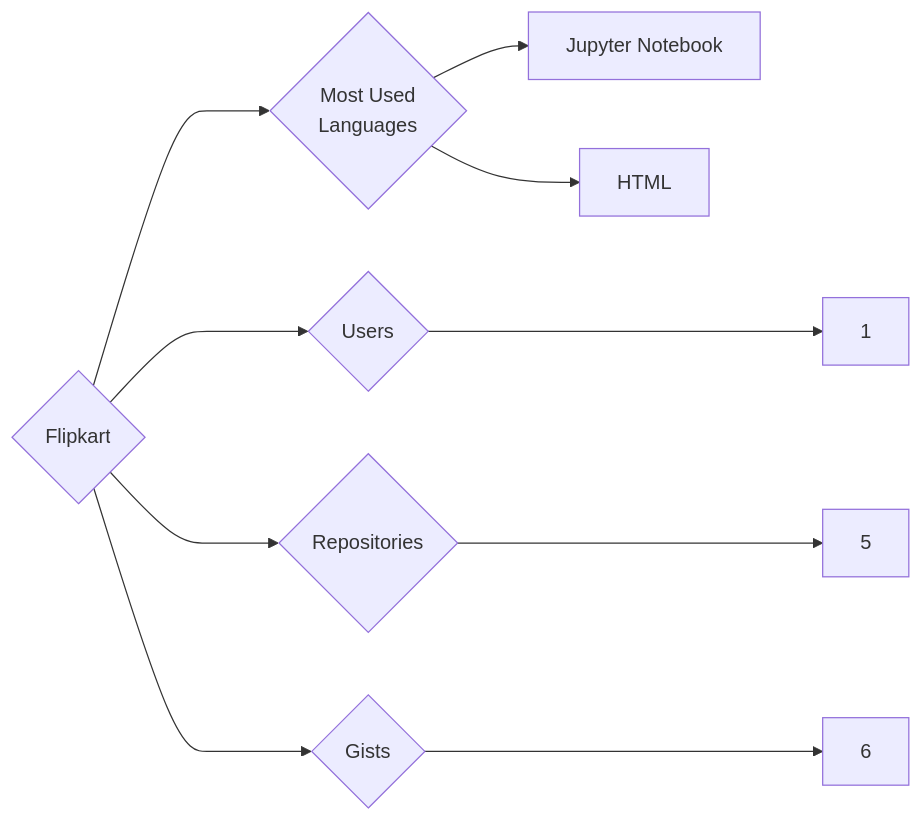
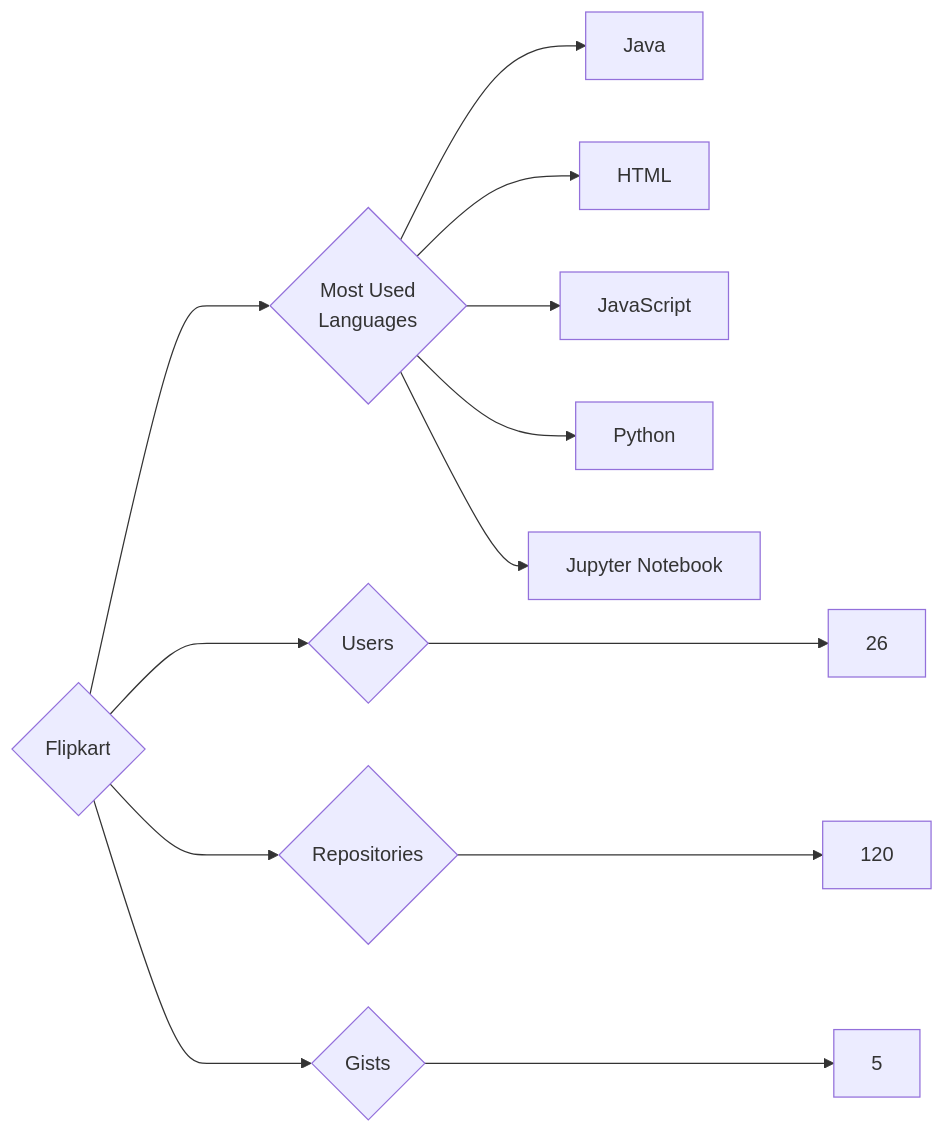
One commit to trickest/insiders changed the diagram in targets/Flipkart/README.md. Above: the diagram before and after it, drawn with Mermaid. The commit also changed 699 other files, not shown here.

````diff
--- a/targets/Flipkart/README.md
+++ b/targets/Flipkart/README.md
@@ -3,10 +3,13 @@
 ```mermaid
 graph LR
 COMPANY_NAME{Flipkart}
-COMPANY_NAME ---> U{Users} ---> UN[1]
-COMPANY_NAME ---> R{Repositories} ---> RN[5]
-COMPANY_NAME ---> G{Gists} ---> GN[6]
+COMPANY_NAME ---> U{Users} ---> UN[26]
+COMPANY_NAME ---> R{Repositories} ---> RN[120]
+COMPANY_NAME ---> G{Gists} ---> GN[5]
 COMPANY_NAME ---> ML{Most Used<br>Languages}
+ML --> Java[Java]
+ML --> HTML[HTML]
+ML --> JavaScript[JavaScript]
+ML --> Python[Python]
 ML --> Jupyter_Notebook[Jupyter Notebook]
-ML --> HTML[HTML]
 ```
````
